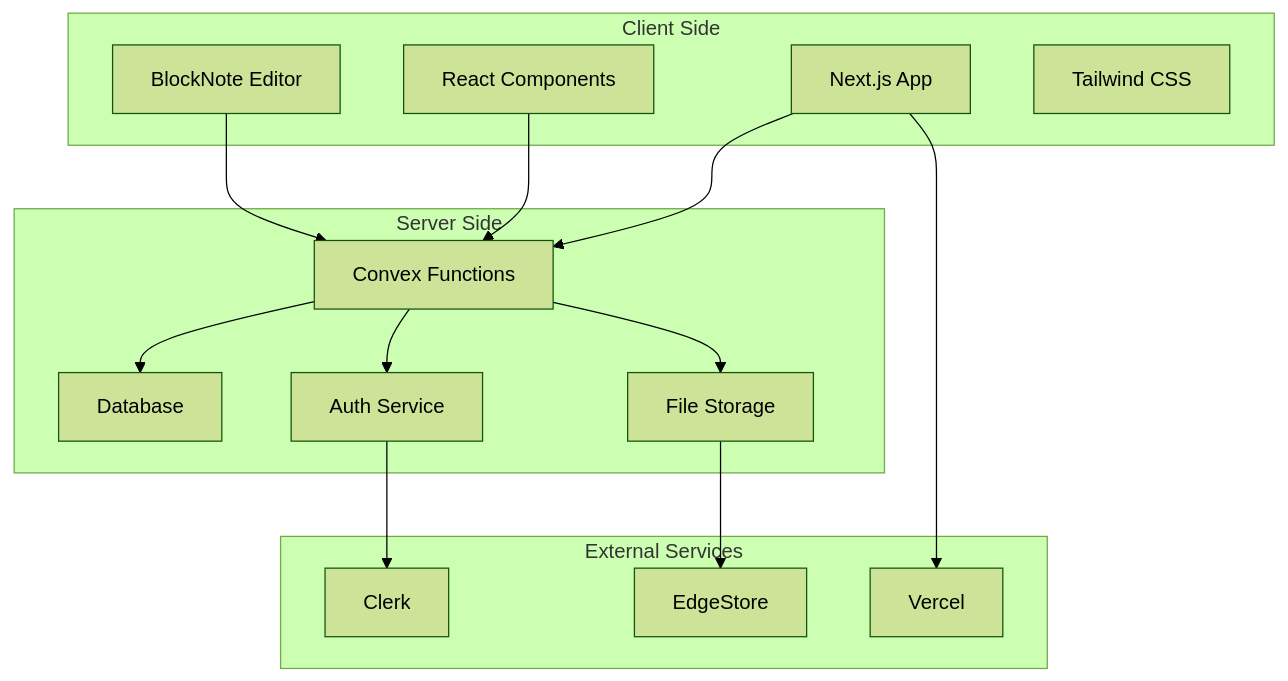
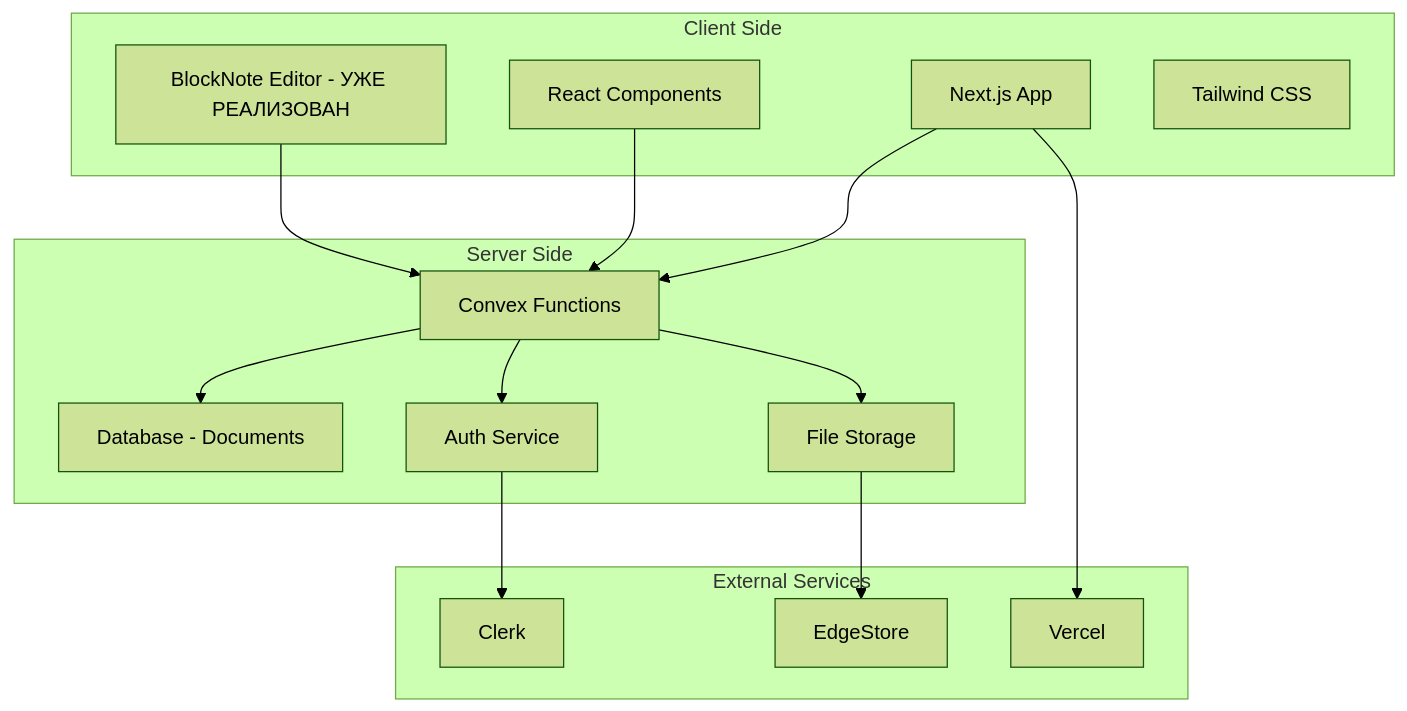
Before and after one commit to a1x02/BiGOR_2.0: the ninth of 11 diagrams in ARCHITECTURE_DIAGRAM.md, drawn with Mermaid (forest theme). The commit also changed other lines of this file and 4 other files, not shown here.

````diff
--- a/ARCHITECTURE_DIAGRAM.md
+++ b/ARCHITECTURE_DIAGRAM.md
@@ -427,32 +406,32 @@
 ```mermaid
 graph TB
     subgraph "Client Side"
         A[Next.js App]
         B[React Components]
-        C[BlockNote Editor]
+        C[BlockNote Editor - УЖЕ РЕАЛИЗОВАН]
         D[Tailwind CSS]
     end
 
     subgraph "Server Side"
         E[Convex Functions]
-        F[Database]
+        F[Database - Documents]
         G[File Storage]
         H[Auth Service]
     end
 
     subgraph "External Services"
         I[Clerk]
         J[EdgeStore]
         K[Vercel]
     end
 
     A --> E
     B --> E
     C --> E
     E --> F
     E --> G
     E --> H
     H --> I
     G --> J
     A --> K
 ```
````
